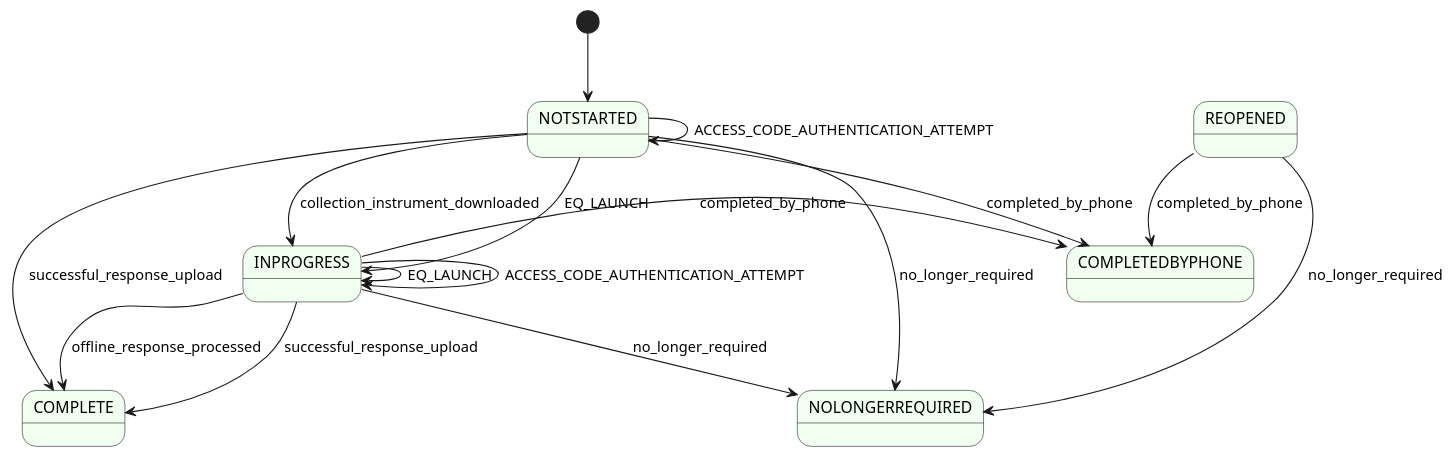
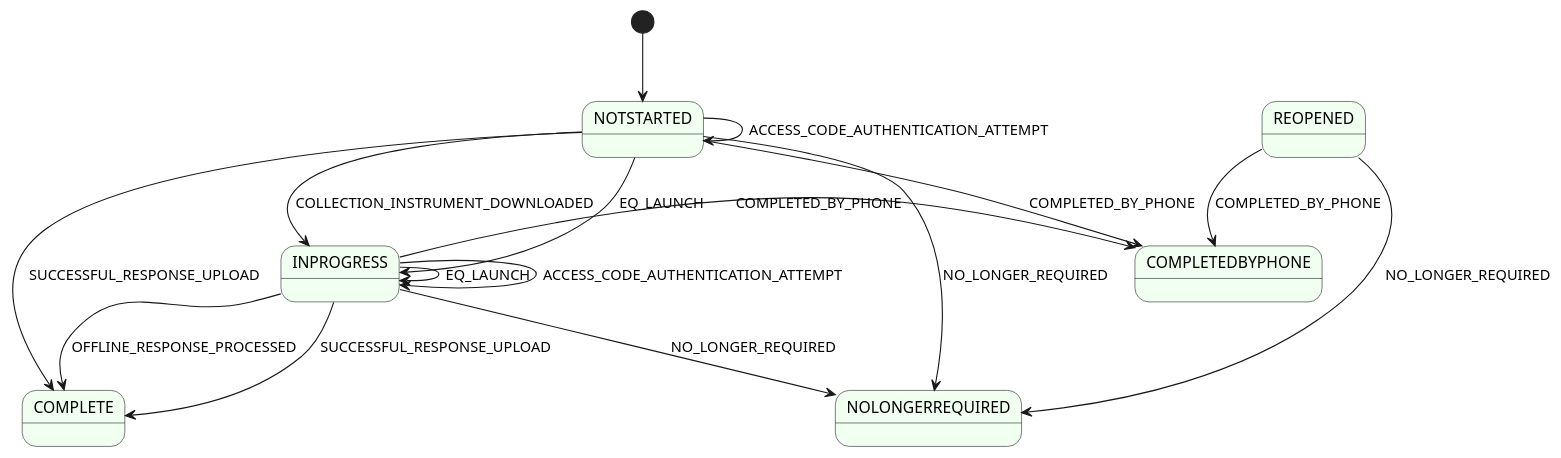
One commit to ONSdigital/rm-case-service changed the diagram in diagrams/case-group-state.puml. Above: the diagram before and after it, drawn with PlantUML.

Commit message:
Update case-group-state.puml
Fix UML case

```diff
--- a/diagrams/case-group-state.puml
+++ b/diagrams/case-group-state.puml
@@ -1,24 +1,24 @@
 @startuml
 skinparam state {
     BackgroundColor HoneyDew
 }
 
 [*] --> NOTSTARTED
-NOTSTARTED --> INPROGRESS : collection_instrument_downloaded
+NOTSTARTED --> INPROGRESS : COLLECTION_INSTRUMENT_DOWNLOADED
 NOTSTARTED --> INPROGRESS : EQ_LAUNCH
-NOTSTARTED --> COMPLETE : successful_response_upload
+NOTSTARTED --> COMPLETE : SUCCESSFUL_RESPONSE_UPLOAD
 NOTSTARTED --> NOTSTARTED: ACCESS_CODE_AUTHENTICATION_ATTEMPT
 
-NOTSTARTED --> COMPLETEDBYPHONE : completed_by_phone
-NOTSTARTED --> NOLONGERREQUIRED : no_longer_required
+NOTSTARTED --> COMPLETEDBYPHONE : COMPLETED_BY_PHONE
+NOTSTARTED --> NOLONGERREQUIRED : NO_LONGER_REQUIRED
     
-INPROGRESS --> COMPLETE : offline_response_processed
-INPROGRESS --> COMPLETE : successful_response_upload
+INPROGRESS --> COMPLETE : OFFLINE_RESPONSE_PROCESSED
+INPROGRESS --> COMPLETE : SUCCESSFUL_RESPONSE_UPLOAD
 INPROGRESS -> INPROGRESS: EQ_LAUNCH
 INPROGRESS -> INPROGRESS: ACCESS_CODE_AUTHENTICATION_ATTEMPT
-INPROGRESS -> COMPLETEDBYPHONE : completed_by_phone
-INPROGRESS --> NOLONGERREQUIRED : no_longer_required
+INPROGRESS -> COMPLETEDBYPHONE : COMPLETED_BY_PHONE
+INPROGRESS --> NOLONGERREQUIRED : NO_LONGER_REQUIRED
 
-REOPENED --> COMPLETEDBYPHONE : completed_by_phone
-REOPENED --> NOLONGERREQUIRED : no_longer_required
+REOPENED --> COMPLETEDBYPHONE : COMPLETED_BY_PHONE
+REOPENED --> NOLONGERREQUIRED : NO_LONGER_REQUIRED
 @enduml
```
